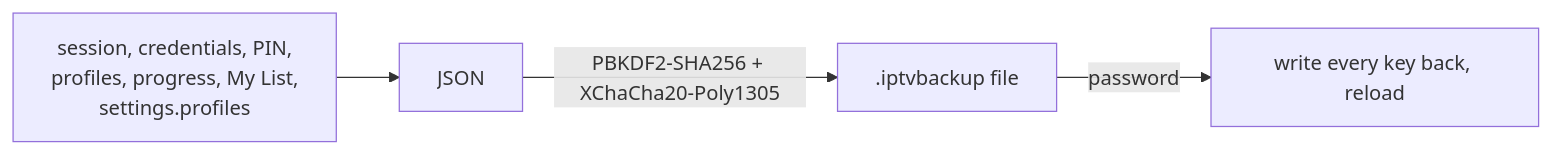
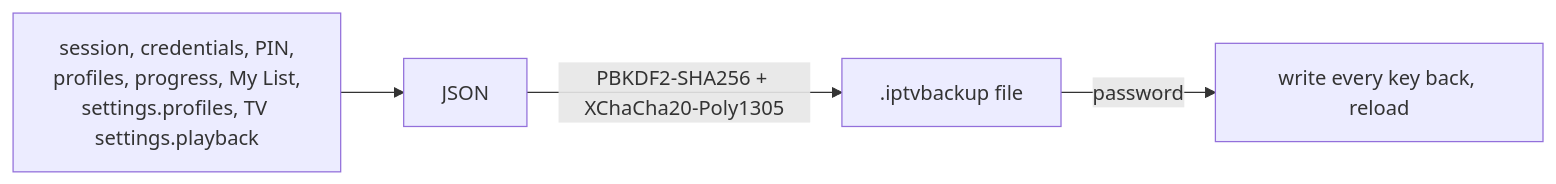
The third of 44 diagrams in documentation/FEATURES-TECHNICAL.md (brunoccst/iptv-player), drawn with Mermaid before and after one commit. The commit also changed other lines of this file and 1 other file, not shown here.

First line of the commit message:
Docs: technical features match the code (subtitle languages, backup, episodes, guide, pairing PIN)

````diff
--- a/documentation/FEATURES-TECHNICAL.md
+++ b/documentation/FEATURES-TECHNICAL.md
@@ -45,6 +45,6 @@
 ```mermaid
 flowchart LR
-  K["session, credentials, PIN,<br/>profiles, progress, My List,<br/>settings.profiles"] --> J[JSON]
+  K["session, credentials, PIN,<br/>profiles, progress, My List,<br/>settings.profiles, TV settings.playback"] --> J[JSON]
   J -->|"PBKDF2-SHA256 + XChaCha20-Poly1305"| F[".iptvbackup file"]
   F -->|password| R[write every key back, reload]
 ```
````
